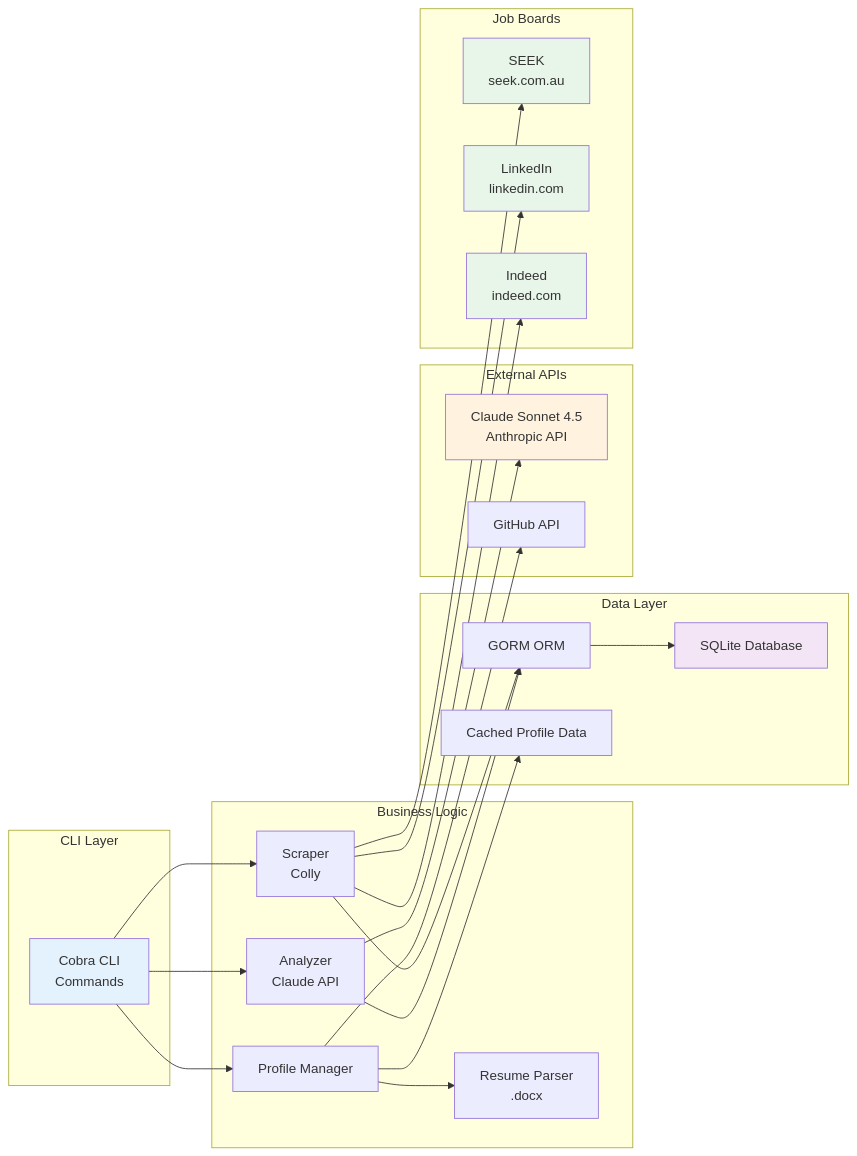
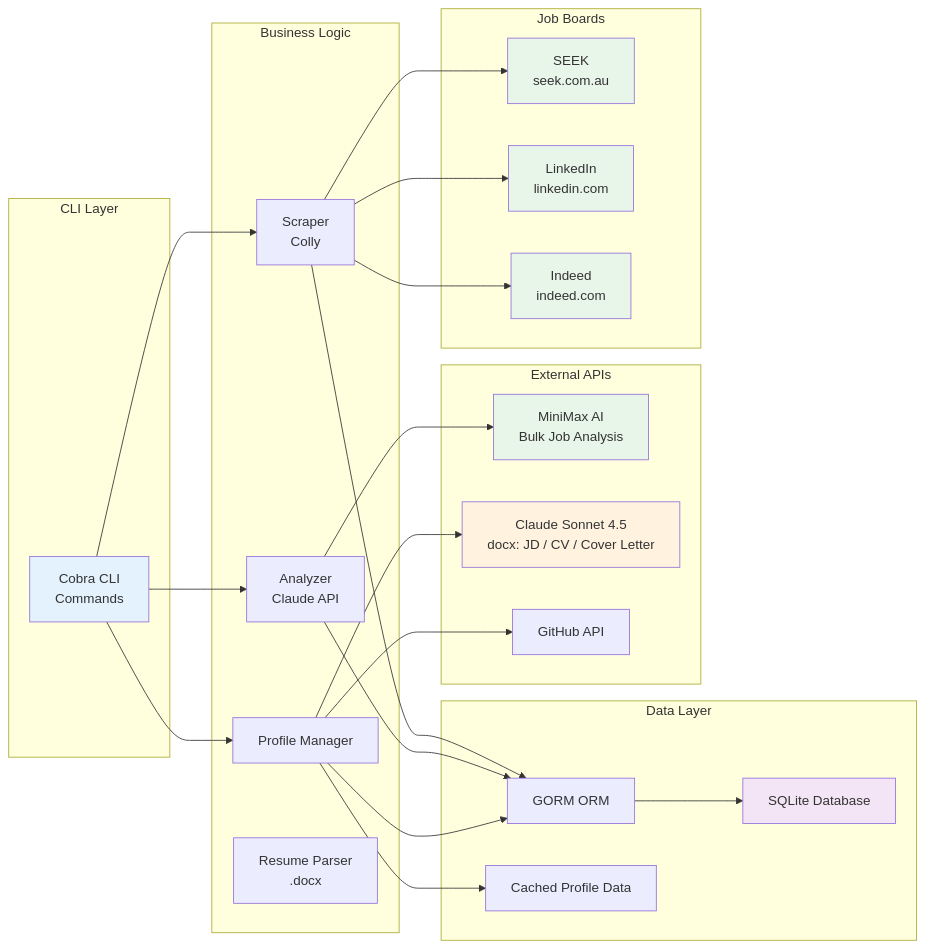
One commit to guidebee/jobseeker changed the third of 3 diagrams in README.md. Above: the diagram before and after it, drawn with Mermaid. The commit also changed other lines of this file, not shown here.

First line of the commit message:
docs: update README to reflect MiniMax for bulk analysis, Claude for docx processing

````diff
--- a/README.md
+++ b/README.md
@@ -151,51 +160,54 @@
 ```mermaid
 graph LR
     subgraph "CLI Layer"
         A[Cobra CLI<br/>Commands]
     end
 
     subgraph "Business Logic"
         B[Scraper<br/>Colly]
         C[Analyzer<br/>Claude API]
         D[Profile Manager]
         E[Resume Parser<br/>.docx]
     end
 
     subgraph "Data Layer"
         F[GORM ORM]
         G[SQLite Database]
         H[Cached Profile Data]
     end
 
     subgraph "External APIs"
-        I[Claude Sonnet 4.5<br/>Anthropic API]
+        I[MiniMax AI<br/>Bulk Job Analysis]
+        I2[Claude Sonnet 4.5<br/>docx: JD / CV / Cover Letter]
         J[GitHub API]
     end
 
     subgraph "Job Boards"
         K[SEEK<br/>seek.com.au]
         L[LinkedIn<br/>linkedin.com]
         M[Indeed<br/>indeed.com]
     end
 
     A --> B
     A --> C
     A --> D
     B --> K
     B --> L
     B --> M
     B --> F
     C --> I
     C --> F
-    D --> E
+    D --> I2
+    D --> F
     D --> J
     D --> H
     F --> G
 
     style A fill:#E3F2FD
-    style I fill:#FFF3E0
+    style I fill:#E8F5E9
+    style I2 fill:#FFF3E0
     style G fill:#F3E5F5
     style K fill:#E8F5E9
     style L fill:#E8F5E9
     style M fill:#E8F5E9
 ```
````
